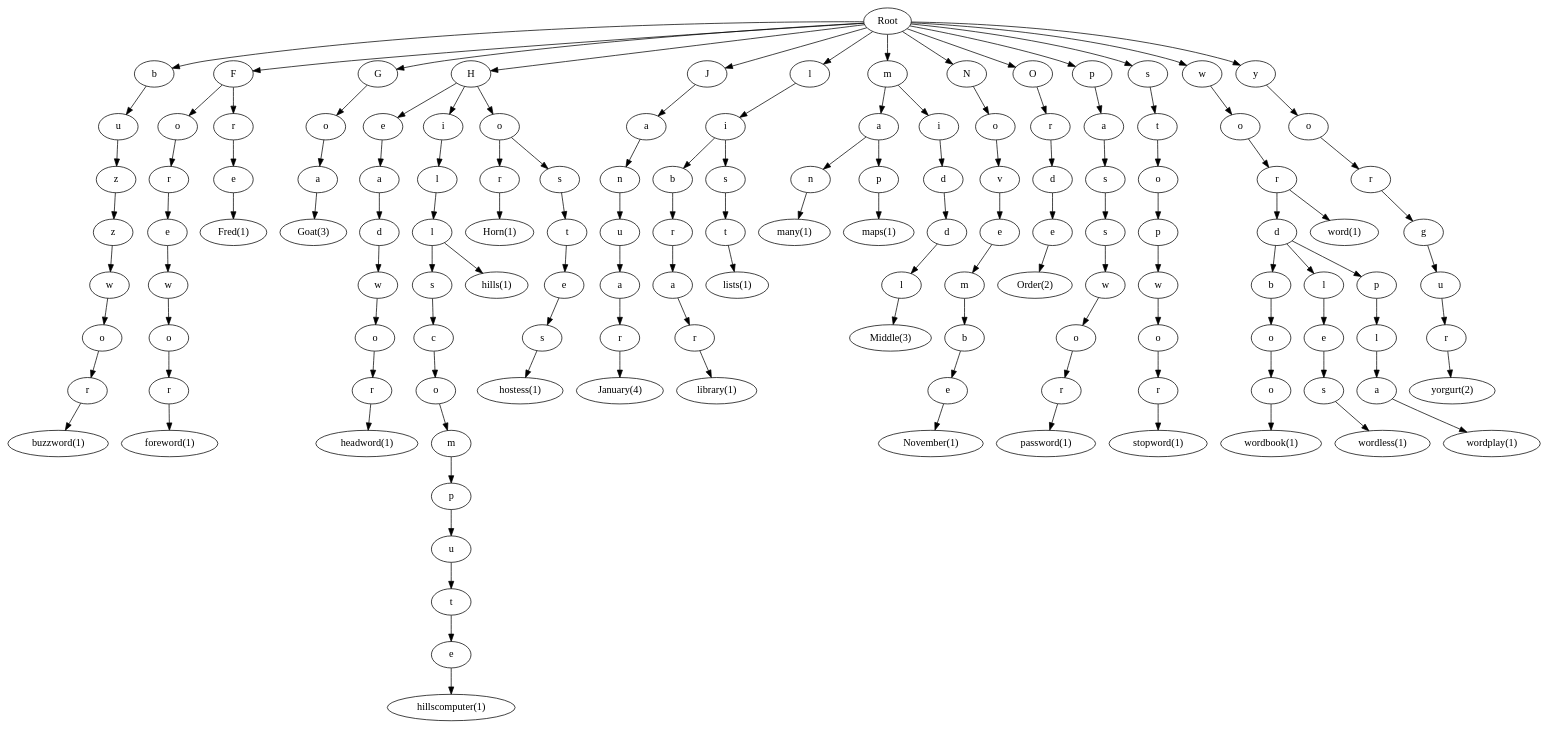
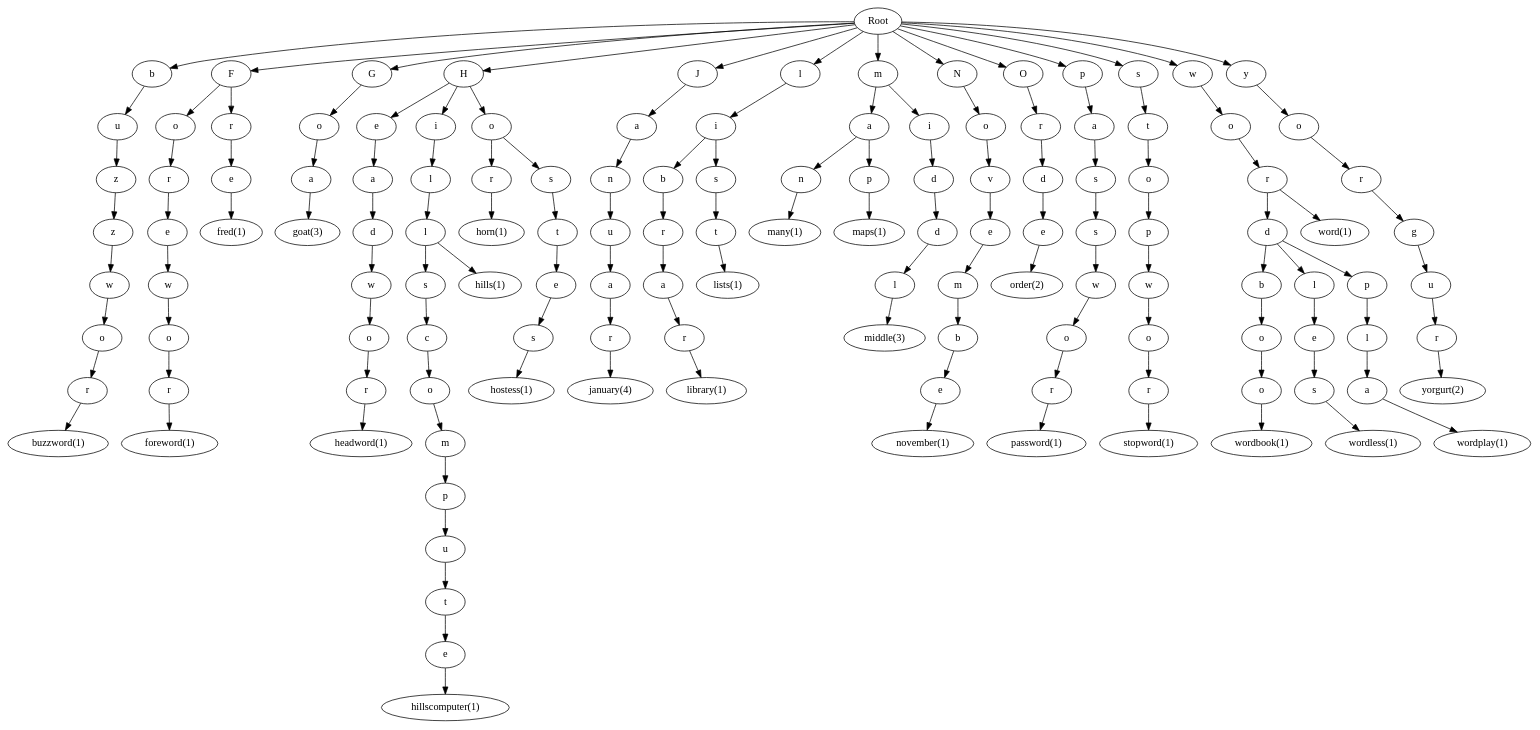
Before and after one commit to msayers1/termProjectCSC212: the diagram in graph_Visualization.dot, drawn with Graphviz. The commit also changed 7 other files, not shown here.

```diff
--- a/graph_Visualization.dot
+++ b/graph_Visualization.dot
@@ -1,269 +1,269 @@
 digraph g { 
-"55c074b5b100" [label="Root"];
-"55c07c90e400" [label="b"];
-"55c07c90e450" [label="u"];
-"55c07c90e580" [label="z"];
-"55c07c90e6b0" [label="z"];
-"55c07c90e7e0" [label="w"];
-"55c07c90e910" [label="o"];
-"55c07c90ea40" [label="r"];
-"55c07c90eb70" [label="buzzword(1)"];
-"55c07c908530" [label="F"];
-"55c07c90d250" [label="o"];
-"55c07c90d2a0" [label="r"];
-"55c07c90d3d0" [label="e"];
-"55c07c90d500" [label="w"];
-"55c07c90d630" [label="o"];
-"55c07c90d760" [label="r"];
-"55c07c90d890" [label="foreword(1)"];
-"55c07c9064f0" [label="r"];
-"55c07c906620" [label="e"];
-"55c07c906750" [label="Fred(1)"];
-"55c07c9098b0" [label="G"];
-"55c07c909900" [label="o"];
-"55c07c909a30" [label="a"];
-"55c07c909b60" [label="Goat(3)"];
-"55c07c906950" [label="H"];
-"55c07c90f220" [label="e"];
-"55c07c90f270" [label="a"];
-"55c07c90f3a0" [label="d"];
-"55c07c90f4d0" [label="w"];
-"55c07c90f600" [label="o"];
-"55c07c90f730" [label="r"];
-"55c07c90f860" [label="headword(1)"];
-"55c07c90b3c0" [label="i"];
-"55c07c90b410" [label="l"];
-"55c07c90b540" [label="l"];
-"55c07c90be40" [label="s"];
-"55c07c90be90" [label="c"];
-"55c07c90bfc0" [label="o"];
-"55c07c90c0f0" [label="m"];
-"55c07c90c220" [label="p"];
-"55c07c90c350" [label="u"];
-"55c07c90c480" [label="t"];
-"55c07c90c5b0" [label="e"];
-"55c07c90c6e0" [label="hillscomputer(1)"];
-"55c07c90b670" [label="hills(1)"];
-"55c07c9069a0" [label="o"];
-"55c07c906ad0" [label="r"];
-"55c07c906c00" [label="Horn(1)"];
-"55c07c906e00" [label="s"];
-"55c07c906e50" [label="t"];
-"55c07c906f80" [label="e"];
-"55c07c9070b0" [label="s"];
-"55c07c9071e0" [label="hostess(1)"];
-"55c07c909d60" [label="J"];
-"55c07c909db0" [label="a"];
-"55c07c909ee0" [label="n"];
-"55c07c90a010" [label="u"];
-"55c07c90a140" [label="a"];
-"55c07c90a270" [label="r"];
-"55c07c90a3a0" [label="January(4)"];
-"55c07c907890" [label="l"];
-"55c07c9078e0" [label="i"];
-"55c07c907a10" [label="b"];
-"55c07c907b40" [label="r"];
-"55c07c907c70" [label="a"];
-"55c07c907da0" [label="r"];
-"55c07c907ed0" [label="library(1)"];
-"55c07c90b870" [label="s"];
-"55c07c90b8c0" [label="t"];
-"55c07c90b9f0" [label="lists(1)"];
-"55c07c9073e0" [label="m"];
-"55c07c907430" [label="a"];
-"55c07c907560" [label="n"];
-"55c07c907690" [label="many(1)"];
-"55c07c90bbf0" [label="p"];
-"55c07c90bc40" [label="maps(1)"];
-"55c07c9092d0" [label="i"];
-"55c07c909320" [label="d"];
-"55c07c909450" [label="d"];
-"55c07c909580" [label="l"];
-"55c07c9096b0" [label="Middle(3)"];
-"55c07c9080d0" [label="N"];
-"55c07c908120" [label="o"];
-"55c07c908250" [label="v"];
-"55c07c908380" [label="e"];
-"55c07c9084b0" [label="m"];
-"55c07c908e70" [label="b"];
-"55c07c908fa0" [label="e"];
-"55c07c9090d0" [label="November(1)"];
-"55c07c90a5a0" [label="O"];
-"55c07c90a5f0" [label="r"];
-"55c07c90a720" [label="d"];
-"55c07c90a850" [label="e"];
-"55c07c90a980" [label="Order(2)"];
-"55c07c90c8e0" [label="p"];
-"55c07c90c930" [label="a"];
-"55c07c90ca60" [label="s"];
-"55c07c90cb90" [label="s"];
-"55c07c90ccc0" [label="w"];
-"55c07c90cdf0" [label="o"];
-"55c07c90cf20" [label="r"];
-"55c07c90d050" [label="password(1)"];
-"55c07c90ff10" [label="s"];
-"55c07c90ff60" [label="t"];
-"55c07c910090" [label="o"];
-"55c07c9101c0" [label="p"];
-"55c07c9102f0" [label="w"];
-"55c07c910420" [label="o"];
-"55c07c910550" [label="r"];
-"55c07c910680" [label="stopword(1)"];
-"55c07c90da90" [label="w"];
-"55c07c90dae0" [label="o"];
-"55c07c90dc10" [label="r"];
-"55c07c90dd40" [label="d"];
-"55c07c90fa60" [label="b"];
-"55c07c90fab0" [label="o"];
-"55c07c90fbe0" [label="o"];
-"55c07c90fd10" [label="wordbook(1)"];
-"55c07c90de70" [label="l"];
-"55c07c90dfa0" [label="e"];
-"55c07c90e0d0" [label="s"];
-"55c07c90e200" [label="wordless(1)"];
-"55c07c90ed70" [label="p"];
-"55c07c90edc0" [label="l"];
-"55c07c90eef0" [label="a"];
-"55c07c90f020" [label="wordplay(1)"];
-"55c07c910880" [label="word(1)"];
-"55c07c90ab80" [label="y"];
-"55c07c90abd0" [label="o"];
-"55c07c90ad00" [label="r"];
-"55c07c90ae30" [label="g"];
-"55c07c90af60" [label="u"];
-"55c07c90b090" [label="r"];
-"55c07c90b1c0" [label="yorgurt(2)"];
-"55c074b5b100"   -> "55c07c90e400" ;
-"55c07c90e400"   -> "55c07c90e450" ;
-"55c07c90e450"   -> "55c07c90e580" ;
-"55c07c90e580"   -> "55c07c90e6b0" ;
-"55c07c90e6b0"   -> "55c07c90e7e0" ;
-"55c07c90e7e0"   -> "55c07c90e910" ;
-"55c07c90e910"   -> "55c07c90ea40" ;
-"55c07c90ea40"   -> "55c07c90eb70" ;
-"55c074b5b100"   -> "55c07c908530" ;
-"55c07c908530"   -> "55c07c90d250" ;
-"55c07c90d250"   -> "55c07c90d2a0" ;
-"55c07c90d2a0"   -> "55c07c90d3d0" ;
-"55c07c90d3d0"   -> "55c07c90d500" ;
-"55c07c90d500"   -> "55c07c90d630" ;
-"55c07c90d630"   -> "55c07c90d760" ;
-"55c07c90d760"   -> "55c07c90d890" ;
-"55c07c908530"   -> "55c07c9064f0" ;
-"55c07c9064f0"   -> "55c07c906620" ;
-"55c07c906620"   -> "55c07c906750" ;
-"55c074b5b100"   -> "55c07c9098b0" ;
-"55c07c9098b0"   -> "55c07c909900" ;
-"55c07c909900"   -> "55c07c909a30" ;
-"55c07c909a30"   -> "55c07c909b60" ;
-"55c074b5b100"   -> "55c07c906950" ;
-"55c07c906950"   -> "55c07c90f220" ;
-"55c07c90f220"   -> "55c07c90f270" ;
-"55c07c90f270"   -> "55c07c90f3a0" ;
-"55c07c90f3a0"   -> "55c07c90f4d0" ;
-"55c07c90f4d0"   -> "55c07c90f600" ;
-"55c07c90f600"   -> "55c07c90f730" ;
-"55c07c90f730"   -> "55c07c90f860" ;
-"55c07c906950"   -> "55c07c90b3c0" ;
-"55c07c90b3c0"   -> "55c07c90b410" ;
-"55c07c90b410"   -> "55c07c90b540" ;
-"55c07c90b540"   -> "55c07c90be40" ;
-"55c07c90be40"   -> "55c07c90be90" ;
-"55c07c90be90"   -> "55c07c90bfc0" ;
-"55c07c90bfc0"   -> "55c07c90c0f0" ;
-"55c07c90c0f0"   -> "55c07c90c220" ;
-"55c07c90c220"   -> "55c07c90c350" ;
-"55c07c90c350"   -> "55c07c90c480" ;
-"55c07c90c480"   -> "55c07c90c5b0" ;
-"55c07c90c5b0"   -> "55c07c90c6e0" ;
-"55c07c90b540"   -> "55c07c90b670" ;
-"55c07c906950"   -> "55c07c9069a0" ;
-"55c07c9069a0"   -> "55c07c906ad0" ;
-"55c07c906ad0"   -> "55c07c906c00" ;
-"55c07c9069a0"   -> "55c07c906e00" ;
-"55c07c906e00"   -> "55c07c906e50" ;
-"55c07c906e50"   -> "55c07c906f80" ;
-"55c07c906f80"   -> "55c07c9070b0" ;
-"55c07c9070b0"   -> "55c07c9071e0" ;
-"55c074b5b100"   -> "55c07c909d60" ;
-"55c07c909d60"   -> "55c07c909db0" ;
-"55c07c909db0"   -> "55c07c909ee0" ;
-"55c07c909ee0"   -> "55c07c90a010" ;
-"55c07c90a010"   -> "55c07c90a140" ;
-"55c07c90a140"   -> "55c07c90a270" ;
-"55c07c90a270"   -> "55c07c90a3a0" ;
-"55c074b5b100"   -> "55c07c907890" ;
-"55c07c907890"   -> "55c07c9078e0" ;
-"55c07c9078e0"   -> "55c07c907a10" ;
-"55c07c907a10"   -> "55c07c907b40" ;
-"55c07c907b40"   -> "55c07c907c70" ;
-"55c07c907c70"   -> "55c07c907da0" ;
-"55c07c907da0"   -> "55c07c907ed0" ;
-"55c07c9078e0"   -> "55c07c90b870" ;
-"55c07c90b870"   -> "55c07c90b8c0" ;
-"55c07c90b8c0"   -> "55c07c90b9f0" ;
-"55c074b5b100"   -> "55c07c9073e0" ;
-"55c07c9073e0"   -> "55c07c907430" ;
-"55c07c907430"   -> "55c07c907560" ;
-"55c07c907560"   -> "55c07c907690" ;
-"55c07c907430"   -> "55c07c90bbf0" ;
-"55c07c90bbf0"   -> "55c07c90bc40" ;
-"55c07c9073e0"   -> "55c07c9092d0" ;
-"55c07c9092d0"   -> "55c07c909320" ;
-"55c07c909320"   -> "55c07c909450" ;
-"55c07c909450"   -> "55c07c909580" ;
-"55c07c909580"   -> "55c07c9096b0" ;
-"55c074b5b100"   -> "55c07c9080d0" ;
-"55c07c9080d0"   -> "55c07c908120" ;
-"55c07c908120"   -> "55c07c908250" ;
-"55c07c908250"   -> "55c07c908380" ;
-"55c07c908380"   -> "55c07c9084b0" ;
-"55c07c9084b0"   -> "55c07c908e70" ;
-"55c07c908e70"   -> "55c07c908fa0" ;
-"55c07c908fa0"   -> "55c07c9090d0" ;
-"55c074b5b100"   -> "55c07c90a5a0" ;
-"55c07c90a5a0"   -> "55c07c90a5f0" ;
-"55c07c90a5f0"   -> "55c07c90a720" ;
-"55c07c90a720"   -> "55c07c90a850" ;
-"55c07c90a850"   -> "55c07c90a980" ;
-"55c074b5b100"   -> "55c07c90c8e0" ;
-"55c07c90c8e0"   -> "55c07c90c930" ;
-"55c07c90c930"   -> "55c07c90ca60" ;
-"55c07c90ca60"   -> "55c07c90cb90" ;
-"55c07c90cb90"   -> "55c07c90ccc0" ;
-"55c07c90ccc0"   -> "55c07c90cdf0" ;
-"55c07c90cdf0"   -> "55c07c90cf20" ;
-"55c07c90cf20"   -> "55c07c90d050" ;
-"55c074b5b100"   -> "55c07c90ff10" ;
-"55c07c90ff10"   -> "55c07c90ff60" ;
-"55c07c90ff60"   -> "55c07c910090" ;
-"55c07c910090"   -> "55c07c9101c0" ;
-"55c07c9101c0"   -> "55c07c9102f0" ;
-"55c07c9102f0"   -> "55c07c910420" ;
-"55c07c910420"   -> "55c07c910550" ;
-"55c07c910550"   -> "55c07c910680" ;
-"55c074b5b100"   -> "55c07c90da90" ;
-"55c07c90da90"   -> "55c07c90dae0" ;
-"55c07c90dae0"   -> "55c07c90dc10" ;
-"55c07c90dc10"   -> "55c07c90dd40" ;
-"55c07c90dd40"   -> "55c07c90fa60" ;
-"55c07c90fa60"   -> "55c07c90fab0" ;
-"55c07c90fab0"   -> "55c07c90fbe0" ;
-"55c07c90fbe0"   -> "55c07c90fd10" ;
-"55c07c90dd40"   -> "55c07c90de70" ;
-"55c07c90de70"   -> "55c07c90dfa0" ;
-"55c07c90dfa0"   -> "55c07c90e0d0" ;
-"55c07c90e0d0"   -> "55c07c90e200" ;
-"55c07c90dd40"   -> "55c07c90ed70" ;
-"55c07c90ed70"   -> "55c07c90edc0" ;
-"55c07c90edc0"   -> "55c07c90eef0" ;
-"55c07c90eef0"   -> "55c07c90f020" ;
-"55c07c90dc10"   -> "55c07c910880" ;
-"55c074b5b100"   -> "55c07c90ab80" ;
-"55c07c90ab80"   -> "55c07c90abd0" ;
-"55c07c90abd0"   -> "55c07c90ad00" ;
-"55c07c90ad00"   -> "55c07c90ae30" ;
-"55c07c90ae30"   -> "55c07c90af60" ;
-"55c07c90af60"   -> "55c07c90b090" ;
-"55c07c90b090"   -> "55c07c90b1c0" ;
+"55e5fc943100" [label="Root"];
+"55e6046f6c20" [label="b"];
+"55e6046f6c70" [label="u"];
+"55e6046f6da0" [label="z"];
+"55e6046f6ed0" [label="z"];
+"55e6046f7000" [label="w"];
+"55e6046f7130" [label="o"];
+"55e6046f7260" [label="r"];
+"55e6046f7390" [label="buzzword(1)"];
+"55e6046f0940" [label="F"];
+"55e6046f5a70" [label="o"];
+"55e6046f5ac0" [label="r"];
+"55e6046f5bf0" [label="e"];
+"55e6046f5d20" [label="w"];
+"55e6046f5e50" [label="o"];
+"55e6046f5f80" [label="r"];
+"55e6046f60b0" [label="foreword(1)"];
+"55e6046ee900" [label="r"];
+"55e6046eea30" [label="e"];
+"55e6046eeb60" [label="fred(1)"];
+"55e6046f20d0" [label="G"];
+"55e6046f2120" [label="o"];
+"55e6046f2250" [label="a"];
+"55e6046f2380" [label="goat(3)"];
+"55e6046eed60" [label="H"];
+"55e6046f7a40" [label="e"];
+"55e6046f7a90" [label="a"];
+"55e6046f7bc0" [label="d"];
+"55e6046f7cf0" [label="w"];
+"55e6046f7e20" [label="o"];
+"55e6046f7f50" [label="r"];
+"55e6046f8080" [label="headword(1)"];
+"55e6046f3be0" [label="i"];
+"55e6046f3c30" [label="l"];
+"55e6046f3d60" [label="l"];
+"55e6046f4660" [label="s"];
+"55e6046f46b0" [label="c"];
+"55e6046f47e0" [label="o"];
+"55e6046f4910" [label="m"];
+"55e6046f4a40" [label="p"];
+"55e6046f4b70" [label="u"];
+"55e6046f4ca0" [label="t"];
+"55e6046f4dd0" [label="e"];
+"55e6046f4f00" [label="hillscomputer(1)"];
+"55e6046f3e90" [label="hills(1)"];
+"55e6046eedb0" [label="o"];
+"55e6046eeee0" [label="r"];
+"55e6046ef010" [label="horn(1)"];
+"55e6046ef210" [label="s"];
+"55e6046ef260" [label="t"];
+"55e6046ef390" [label="e"];
+"55e6046ef4c0" [label="s"];
+"55e6046ef5f0" [label="hostess(1)"];
+"55e6046f2580" [label="J"];
+"55e6046f25d0" [label="a"];
+"55e6046f2700" [label="n"];
+"55e6046f2830" [label="u"];
+"55e6046f2960" [label="a"];
+"55e6046f2a90" [label="r"];
+"55e6046f2bc0" [label="january(4)"];
+"55e6046efca0" [label="l"];
+"55e6046efcf0" [label="i"];
+"55e6046efe20" [label="b"];
+"55e6046eff50" [label="r"];
+"55e6046f0080" [label="a"];
+"55e6046f01b0" [label="r"];
+"55e6046f02e0" [label="library(1)"];
+"55e6046f4090" [label="s"];
+"55e6046f40e0" [label="t"];
+"55e6046f4210" [label="lists(1)"];
+"55e6046ef7f0" [label="m"];
+"55e6046ef840" [label="a"];
+"55e6046ef970" [label="n"];
+"55e6046efaa0" [label="many(1)"];
+"55e6046f4410" [label="p"];
+"55e6046f4460" [label="maps(1)"];
+"55e6046f1af0" [label="i"];
+"55e6046f1b40" [label="d"];
+"55e6046f1c70" [label="d"];
+"55e6046f1da0" [label="l"];
+"55e6046f1ed0" [label="middle(3)"];
+"55e6046f04e0" [label="N"];
+"55e6046f0530" [label="o"];
+"55e6046f0660" [label="v"];
+"55e6046f0790" [label="e"];
+"55e6046f08c0" [label="m"];
+"55e6046f1690" [label="b"];
+"55e6046f17c0" [label="e"];
+"55e6046f18f0" [label="november(1)"];
+"55e6046f2dc0" [label="O"];
+"55e6046f2e10" [label="r"];
+"55e6046f2f40" [label="d"];
+"55e6046f3070" [label="e"];
+"55e6046f31a0" [label="order(2)"];
+"55e6046f5100" [label="p"];
+"55e6046f5150" [label="a"];
+"55e6046f5280" [label="s"];
+"55e6046f53b0" [label="s"];
+"55e6046f54e0" [label="w"];
+"55e6046f5610" [label="o"];
+"55e6046f5740" [label="r"];
+"55e6046f5870" [label="password(1)"];
+"55e6046f8730" [label="s"];
+"55e6046f8780" [label="t"];
+"55e6046f88b0" [label="o"];
+"55e6046f89e0" [label="p"];
+"55e6046f8b10" [label="w"];
+"55e6046f8c40" [label="o"];
+"55e6046f8d70" [label="r"];
+"55e6046f8ea0" [label="stopword(1)"];
+"55e6046f62b0" [label="w"];
+"55e6046f6300" [label="o"];
+"55e6046f6430" [label="r"];
+"55e6046f6560" [label="d"];
+"55e6046f8280" [label="b"];
+"55e6046f82d0" [label="o"];
+"55e6046f8400" [label="o"];
+"55e6046f8530" [label="wordbook(1)"];
+"55e6046f6690" [label="l"];
+"55e6046f67c0" [label="e"];
+"55e6046f68f0" [label="s"];
+"55e6046f6a20" [label="wordless(1)"];
+"55e6046f7590" [label="p"];
+"55e6046f75e0" [label="l"];
+"55e6046f7710" [label="a"];
+"55e6046f7840" [label="wordplay(1)"];
+"55e6046f90a0" [label="word(1)"];
+"55e6046f33a0" [label="y"];
+"55e6046f33f0" [label="o"];
+"55e6046f3520" [label="r"];
+"55e6046f3650" [label="g"];
+"55e6046f3780" [label="u"];
+"55e6046f38b0" [label="r"];
+"55e6046f39e0" [label="yorgurt(2)"];
+"55e5fc943100"   -> "55e6046f6c20" ;
+"55e6046f6c20"   -> "55e6046f6c70" ;
+"55e6046f6c70"   -> "55e6046f6da0" ;
+"55e6046f6da0"   -> "55e6046f6ed0" ;
+"55e6046f6ed0"   -> "55e6046f7000" ;
+"55e6046f7000"   -> "55e6046f7130" ;
+"55e6046f7130"   -> "55e6046f7260" ;
+"55e6046f7260"   -> "55e6046f7390" ;
+"55e5fc943100"   -> "55e6046f0940" ;
+"55e6046f0940"   -> "55e6046f5a70" ;
+"55e6046f5a70"   -> "55e6046f5ac0" ;
+"55e6046f5ac0"   -> "55e6046f5bf0" ;
+"55e6046f5bf0"   -> "55e6046f5d20" ;
+"55e6046f5d20"   -> "55e6046f5e50" ;
+"55e6046f5e50"   -> "55e6046f5f80" ;
+"55e6046f5f80"   -> "55e6046f60b0" ;
+"55e6046f0940"   -> "55e6046ee900" ;
+"55e6046ee900"   -> "55e6046eea30" ;
+"55e6046eea30"   -> "55e6046eeb60" ;
+"55e5fc943100"   -> "55e6046f20d0" ;
+"55e6046f20d0"   -> "55e6046f2120" ;
+"55e6046f2120"   -> "55e6046f2250" ;
+"55e6046f2250"   -> "55e6046f2380" ;
+"55e5fc943100"   -> "55e6046eed60" ;
+"55e6046eed60"   -> "55e6046f7a40" ;
+"55e6046f7a40"   -> "55e6046f7a90" ;
+"55e6046f7a90"   -> "55e6046f7bc0" ;
+"55e6046f7bc0"   -> "55e6046f7cf0" ;
+"55e6046f7cf0"   -> "55e6046f7e20" ;
+"55e6046f7e20"   -> "55e6046f7f50" ;
+"55e6046f7f50"   -> "55e6046f8080" ;
+"55e6046eed60"   -> "55e6046f3be0" ;
+"55e6046f3be0"   -> "55e6046f3c30" ;
+"55e6046f3c30"   -> "55e6046f3d60" ;
+"55e6046f3d60"   -> "55e6046f4660" ;
+"55e6046f4660"   -> "55e6046f46b0" ;
+"55e6046f46b0"   -> "55e6046f47e0" ;
+"55e6046f47e0"   -> "55e6046f4910" ;
+"55e6046f4910"   -> "55e6046f4a40" ;
+"55e6046f4a40"   -> "55e6046f4b70" ;
+"55e6046f4b70"   -> "55e6046f4ca0" ;
+"55e6046f4ca0"   -> "55e6046f4dd0" ;
+"55e6046f4dd0"   -> "55e6046f4f00" ;
+"55e6046f3d60"   -> "55e6046f3e90" ;
+"55e6046eed60"   -> "55e6046eedb0" ;
+"55e6046eedb0"   -> "55e6046eeee0" ;
+"55e6046eeee0"   -> "55e6046ef010" ;
+"55e6046eedb0"   -> "55e6046ef210" ;
+"55e6046ef210"   -> "55e6046ef260" ;
+"55e6046ef260"   -> "55e6046ef390" ;
+"55e6046ef390"   -> "55e6046ef4c0" ;
+"55e6046ef4c0"   -> "55e6046ef5f0" ;
+"55e5fc943100"   -> "55e6046f2580" ;
+"55e6046f2580"   -> "55e6046f25d0" ;
+"55e6046f25d0"   -> "55e6046f2700" ;
+"55e6046f2700"   -> "55e6046f2830" ;
+"55e6046f2830"   -> "55e6046f2960" ;
+"55e6046f2960"   -> "55e6046f2a90" ;
+"55e6046f2a90"   -> "55e6046f2bc0" ;
+"55e5fc943100"   -> "55e6046efca0" ;
+"55e6046efca0"   -> "55e6046efcf0" ;
+"55e6046efcf0"   -> "55e6046efe20" ;
+"55e6046efe20"   -> "55e6046eff50" ;
+"55e6046eff50"   -> "55e6046f0080" ;
+"55e6046f0080"   -> "55e6046f01b0" ;
+"55e6046f01b0"   -> "55e6046f02e0" ;
+"55e6046efcf0"   -> "55e6046f4090" ;
+"55e6046f4090"   -> "55e6046f40e0" ;
+"55e6046f40e0"   -> "55e6046f4210" ;
+"55e5fc943100"   -> "55e6046ef7f0" ;
+"55e6046ef7f0"   -> "55e6046ef840" ;
+"55e6046ef840"   -> "55e6046ef970" ;
+"55e6046ef970"   -> "55e6046efaa0" ;
+"55e6046ef840"   -> "55e6046f4410" ;
+"55e6046f4410"   -> "55e6046f4460" ;
+"55e6046ef7f0"   -> "55e6046f1af0" ;
+"55e6046f1af0"   -> "55e6046f1b40" ;
+"55e6046f1b40"   -> "55e6046f1c70" ;
+"55e6046f1c70"   -> "55e6046f1da0" ;
+"55e6046f1da0"   -> "55e6046f1ed0" ;
+"55e5fc943100"   -> "55e6046f04e0" ;
+"55e6046f04e0"   -> "55e6046f0530" ;
+"55e6046f0530"   -> "55e6046f0660" ;
+"55e6046f0660"   -> "55e6046f0790" ;
+"55e6046f0790"   -> "55e6046f08c0" ;
+"55e6046f08c0"   -> "55e6046f1690" ;
+"55e6046f1690"   -> "55e6046f17c0" ;
+"55e6046f17c0"   -> "55e6046f18f0" ;
+"55e5fc943100"   -> "55e6046f2dc0" ;
+"55e6046f2dc0"   -> "55e6046f2e10" ;
+"55e6046f2e10"   -> "55e6046f2f40" ;
+"55e6046f2f40"   -> "55e6046f3070" ;
+"55e6046f3070"   -> "55e6046f31a0" ;
+"55e5fc943100"   -> "55e6046f5100" ;
+"55e6046f5100"   -> "55e6046f5150" ;
+"55e6046f5150"   -> "55e6046f5280" ;
+"55e6046f5280"   -> "55e6046f53b0" ;
+"55e6046f53b0"   -> "55e6046f54e0" ;
+"55e6046f54e0"   -> "55e6046f5610" ;
+"55e6046f5610"   -> "55e6046f5740" ;
+"55e6046f5740"   -> "55e6046f5870" ;
+"55e5fc943100"   -> "55e6046f8730" ;
+"55e6046f8730"   -> "55e6046f8780" ;
+"55e6046f8780"   -> "55e6046f88b0" ;
+"55e6046f88b0"   -> "55e6046f89e0" ;
+"55e6046f89e0"   -> "55e6046f8b10" ;
+"55e6046f8b10"   -> "55e6046f8c40" ;
+"55e6046f8c40"   -> "55e6046f8d70" ;
+"55e6046f8d70"   -> "55e6046f8ea0" ;
+"55e5fc943100"   -> "55e6046f62b0" ;
+"55e6046f62b0"   -> "55e6046f6300" ;
+"55e6046f6300"   -> "55e6046f6430" ;
+"55e6046f6430"   -> "55e6046f6560" ;
+"55e6046f6560"   -> "55e6046f8280" ;
+"55e6046f8280"   -> "55e6046f82d0" ;
+"55e6046f82d0"   -> "55e6046f8400" ;
+"55e6046f8400"   -> "55e6046f8530" ;
+"55e6046f6560"   -> "55e6046f6690" ;
+"55e6046f6690"   -> "55e6046f67c0" ;
+"55e6046f67c0"   -> "55e6046f68f0" ;
+"55e6046f68f0"   -> "55e6046f6a20" ;
+"55e6046f6560"   -> "55e6046f7590" ;
+"55e6046f7590"   -> "55e6046f75e0" ;
+"55e6046f75e0"   -> "55e6046f7710" ;
+"55e6046f7710"   -> "55e6046f7840" ;
+"55e6046f6430"   -> "55e6046f90a0" ;
+"55e5fc943100"   -> "55e6046f33a0" ;
+"55e6046f33a0"   -> "55e6046f33f0" ;
+"55e6046f33f0"   -> "55e6046f3520" ;
+"55e6046f3520"   -> "55e6046f3650" ;
+"55e6046f3650"   -> "55e6046f3780" ;
+"55e6046f3780"   -> "55e6046f38b0" ;
+"55e6046f38b0"   -> "55e6046f39e0" ;
 }
```
